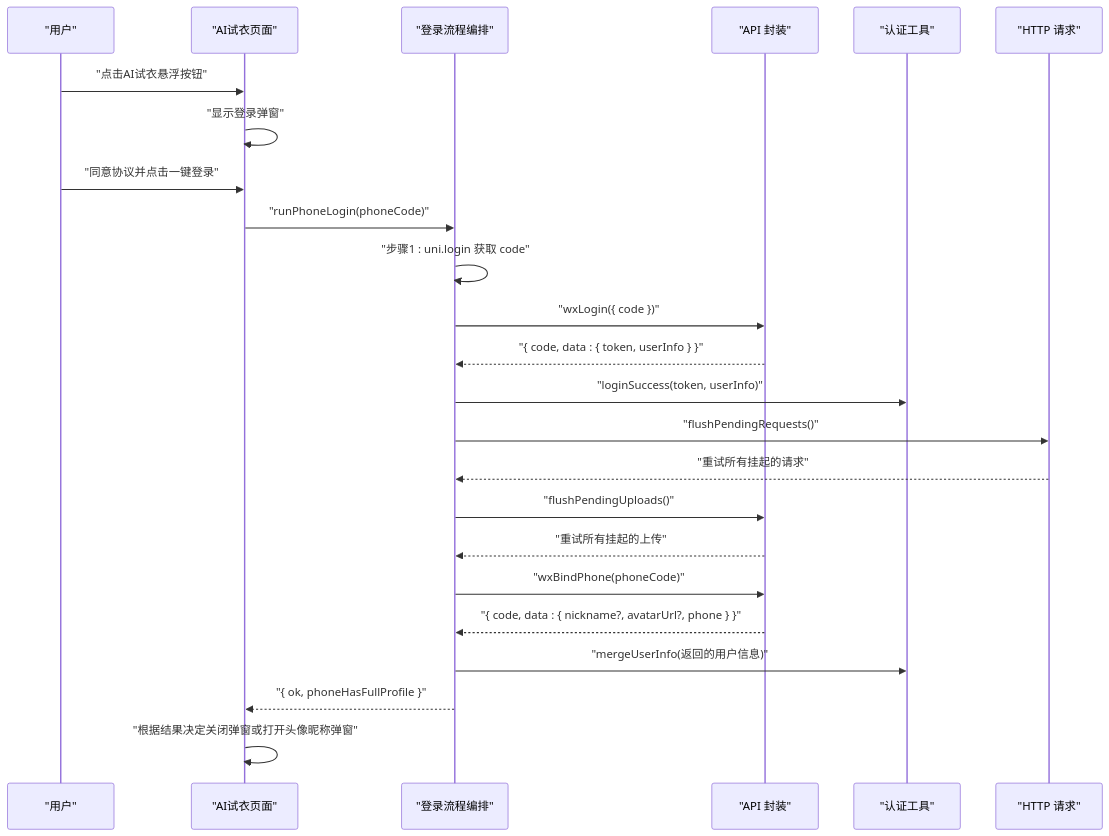
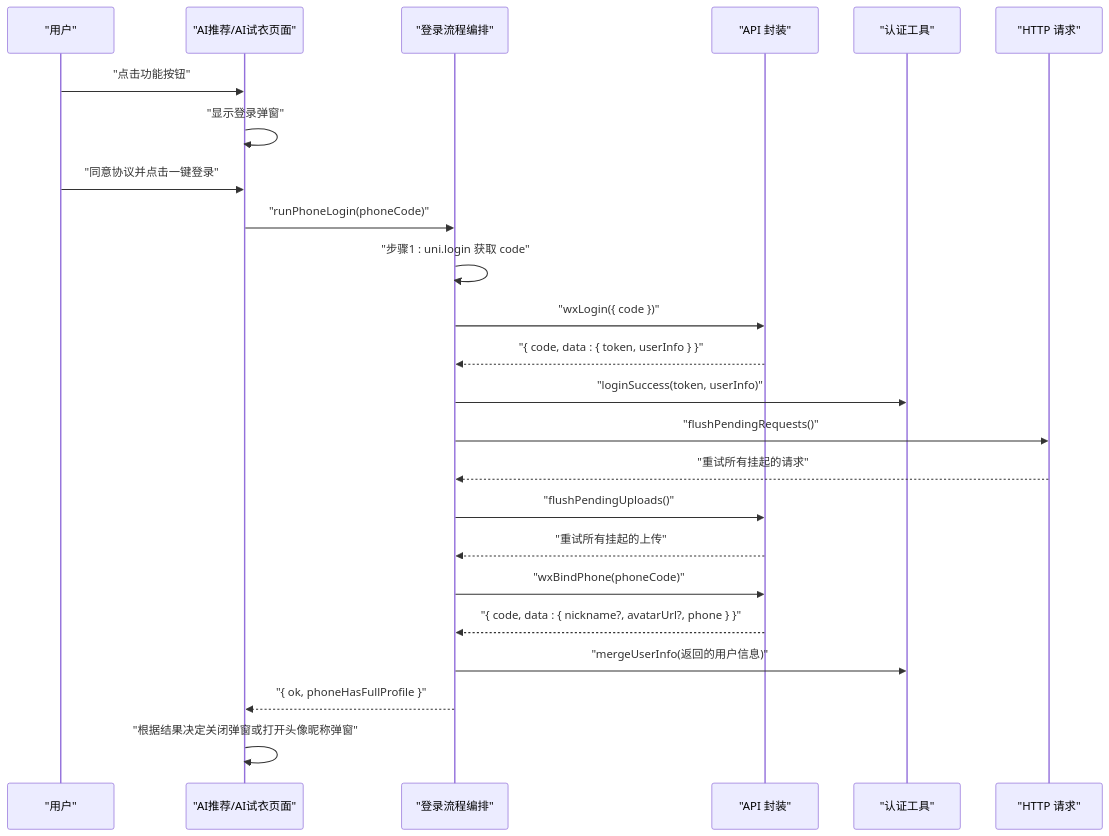
One commit to crazyma99/blueberry changed the fourth of 14 diagrams in .qoder/repowiki/zh/content/核心功能模块/用户认证系统.md. Above: the diagram before and after it, drawn with Mermaid. The commit also changed other lines of this file and 6 other files, not shown here.

````diff
--- a/.qoder/repowiki/zh/content/核心功能模块/用户认证系统.md
+++ b/.qoder/repowiki/zh/content/核心功能模块/用户认证系统.md
@@ -261,26 +298,26 @@
 ```mermaid
 sequenceDiagram
 participant U as "用户"
-participant Page as "AI试衣页面"
+participant Page as "AI推荐/AI试衣页面"
 participant LF as "登录流程编排"
 participant API as "API 封装"
 participant Auth as "认证工具"
 participant Http as "HTTP 请求"
-U->>Page : "点击AI试衣悬浮按钮"
+U->>Page : "点击功能按钮"
 Page->>Page : "显示登录弹窗"
 U->>Page : "同意协议并点击一键登录"
 Page->>LF : "runPhoneLogin(phoneCode)"
 LF->>LF : "步骤1 : uni.login 获取 code"
 LF->>API : "wxLogin({ code })"
 API-->>LF : "{ code, data : { token, userInfo } }"
 LF->>Auth : "loginSuccess(token, userInfo)"
 LF->>Http : "flushPendingRequests()"
 Http-->>LF : "重试所有挂起的请求"
 LF->>API : "flushPendingUploads()"
 API-->>LF : "重试所有挂起的上传"
 LF->>API : "wxBindPhone(phoneCode)"
 API-->>LF : "{ code, data : { nickname?, avatarUrl?, phone } }"
 LF->>Auth : "mergeUserInfo(返回的用户信息)"
 LF-->>Page : "{ ok, phoneHasFullProfile }"
 Page->>Page : "根据结果决定关闭弹窗或打开头像昵称弹窗"
 ```
````
